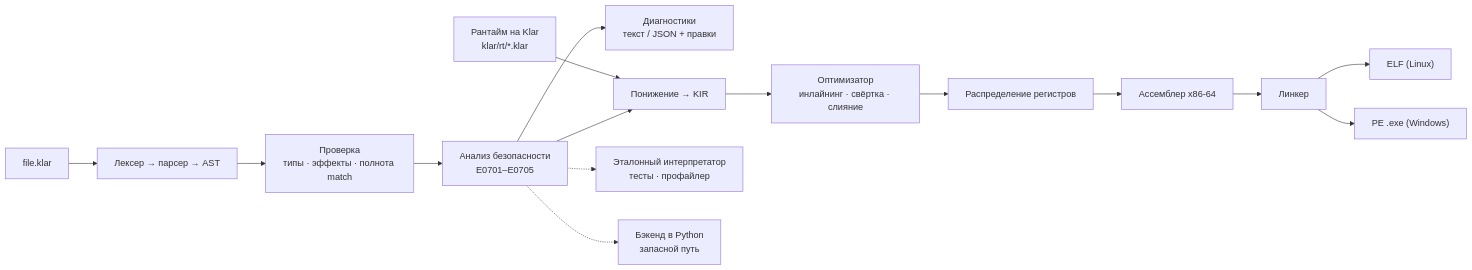
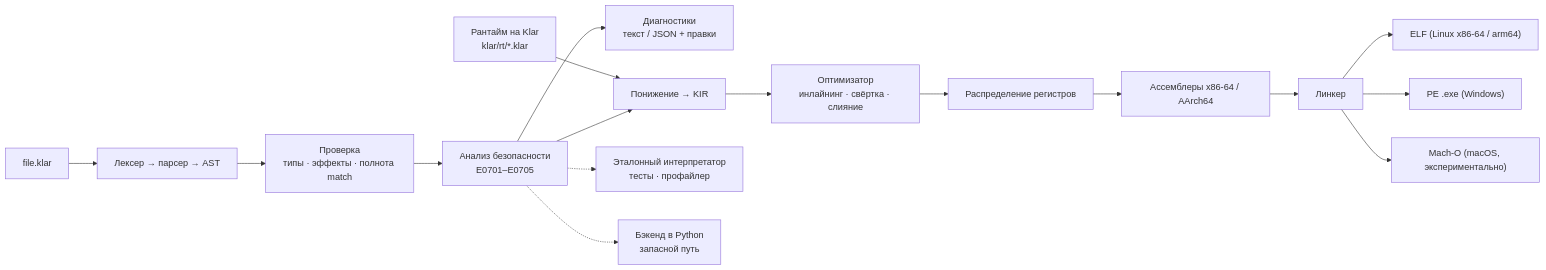
One commit to veosett/Klar changed the first of 2 diagrams in README.ru.md. Above: the diagram before and after it, drawn with Mermaid. The commit also changed other lines of this file and 22 other files, not shown here.

````diff
--- a/README.ru.md
+++ b/README.ru.md
@@ -120,17 +120,18 @@
 ```mermaid
 flowchart LR
     src["file.klar"] --> fe["Лексер → парсер → AST"]
     fe --> chk["Проверка<br/>типы · эффекты · полнота match"]
     chk --> safe["Анализ безопасности<br/>E0701–E0705"]
     safe --> diag["Диагностики<br/>текст / JSON + правки"]
     safe --> lower["Понижение → KIR"]
     lower --> opt["Оптимизатор<br/>инлайнинг · свёртка · слияние"]
     opt --> ra["Распределение регистров"]
-    ra --> asm["Ассемблер x86-64"]
+    ra --> asm["Ассемблеры x86-64 / AArch64"]
     asm --> link["Линкер"]
-    link --> elf["ELF (Linux)"]
+    link --> elf["ELF (Linux x86-64 / arm64)"]
     link --> pe["PE .exe (Windows)"]
+    link --> macho["Mach-O (macOS, экспериментально)"]
     rt["Рантайм на Klar<br/>klar/rt/*.klar"] --> lower
     safe -.-> interp["Эталонный интерпретатор<br/>тесты · профайлер"]
     safe -.-> py["Бэкенд в Python<br/>запасной путь"]
 ```
````
